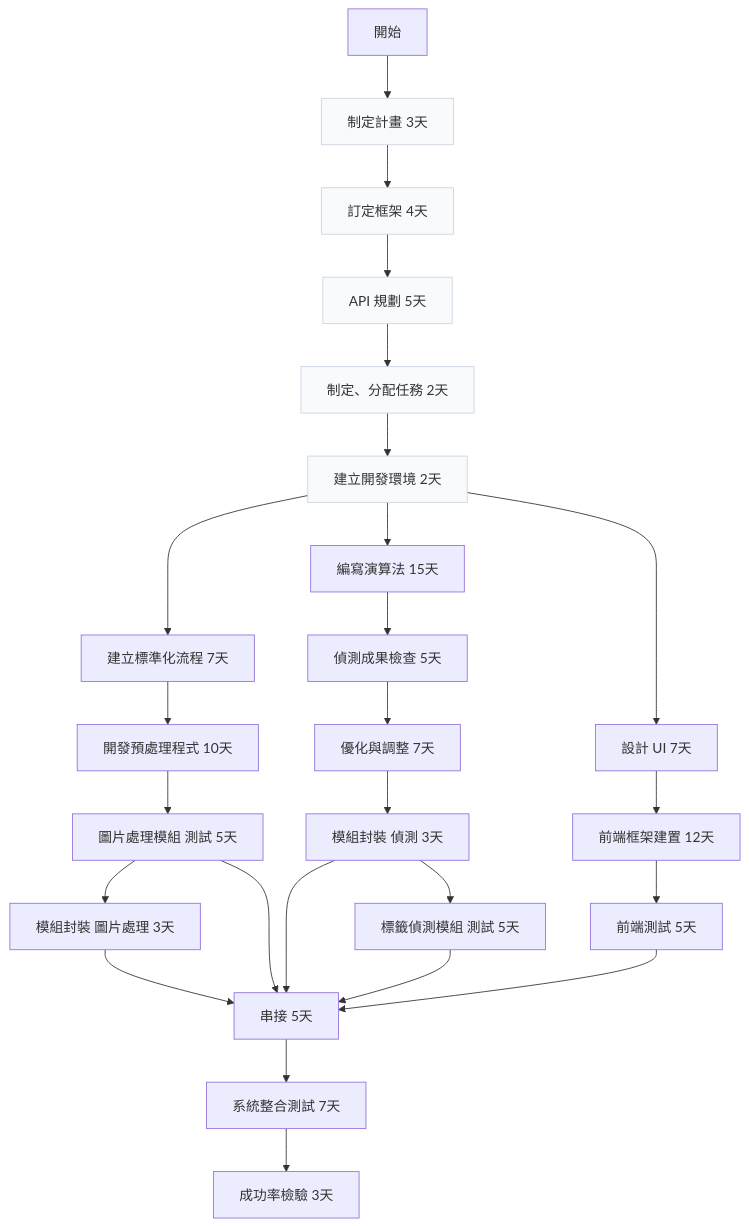
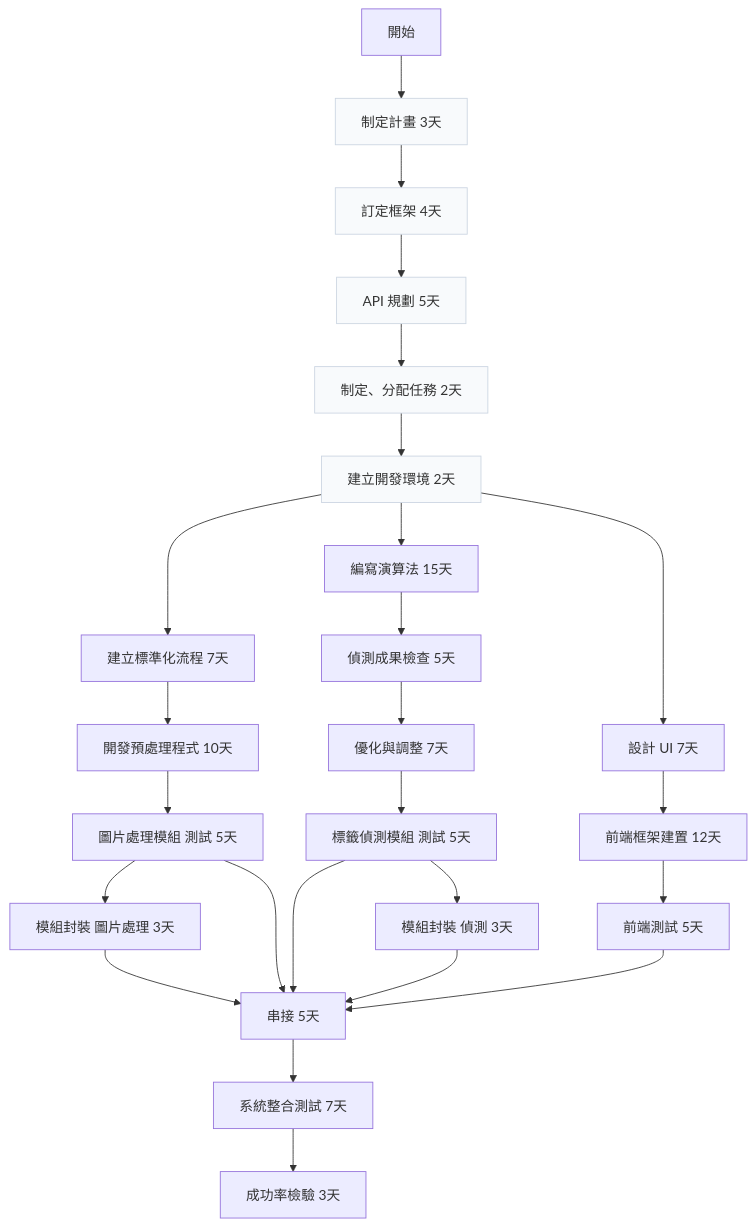
One commit to shu498/SASDteam3 changed the second of 2 diagrams in Planning.md. Above: the diagram before and after it, drawn with Mermaid. The commit also changed other lines of this file, not shown here.

````diff
--- a/Planning.md
+++ b/Planning.md
@@ -62,35 +69,35 @@
 ```mermaid
 flowchart TD
     Start["開始"] --> A["制定計畫 3天"]
     A --> B["訂定框架 4天"]
     B --> C["API 規劃 5天"]
     C --> D["制定、分配任務 2天"]
     D --> DEV["建立開發環境 2天"]
 
     DEV --> IMG1["建立標準化流程 7天"]
     IMG1 --> IMG2["開發預處理程式 10天"]
     IMG2 --> IMG3["圖片處理模組 測試 5天"]
     IMG3 --> IMG4["模組封裝 圖片處理 3天"]
 
     DEV --> DET1["編寫演算法 15天"]
     DET1 --> DET2["偵測成果檢查 5天"]
     DET2 --> DET3["優化與調整 7天"]
-    DET3 --> DET4["模組封裝 偵測 3天"]
-    DET4 --> DET5["標籤偵測模組 測試 5天"]
+    DET3 --> DET4["標籤偵測模組 測試 5天"]
+    DET4 --> DET5["模組封裝 偵測 3天"]
 
     DEV --> FE1["設計 UI 7天"]
     FE1 --> FE2["前端框架建置 12天"]
     FE2 --> FE3["前端測試 5天"]
 
     IMG4 --> INT["串接 5天"]
     IMG3 --> INT
     DET4 --> INT
     DET5 --> INT
     FE3 --> INT
 
     INT --> SYS["系統整合測試 7天"]
     SYS --> OK["成功率檢驗 3天"]
 
     classDef startGroup fill:#f8fafc,stroke:#cbd5e1;
     class A,B,C,D,DEV startGroup;
 ```
````
